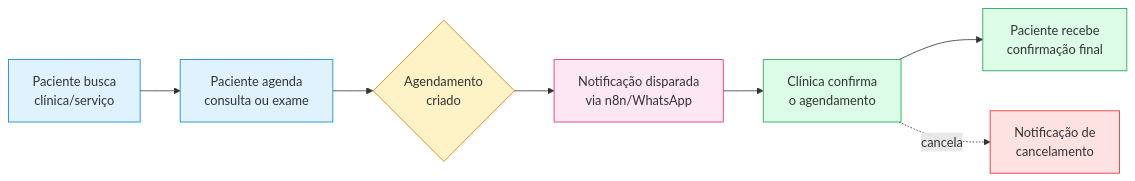
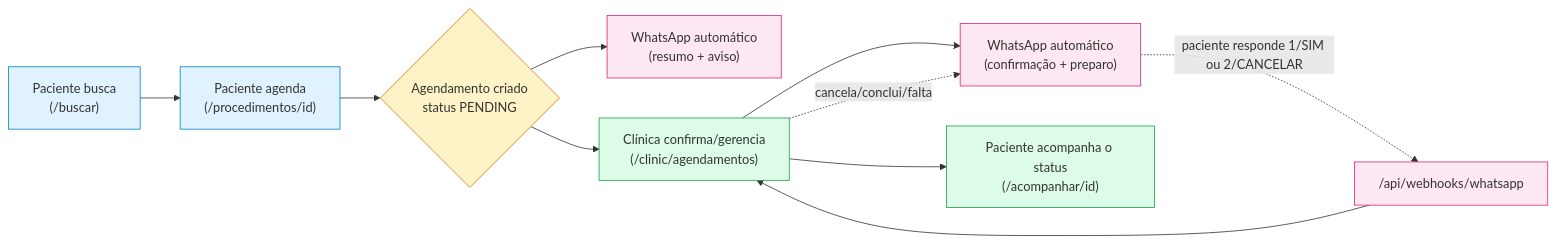
Before and after one commit to marquesemoreno/marcacao: the diagram in docs/obsidian/00 - Visão Geral.md, drawn with Mermaid. The commit also changed other lines of this file and 5 other files, not shown here.

First line of the commit message:
Document the full architecture in docs/obsidian

````diff
--- a/docs/obsidian/00 - Visão Geral.md
+++ b/docs/obsidian/00 - Visão Geral.md
@@ -71,17 +119,21 @@
 ```mermaid
 flowchart LR
-    A[Paciente busca<br/>clínica/serviço] --> B[Paciente agenda<br/>consulta ou exame]
-    B --> C{Agendamento<br/>criado}
-    C --> D[Notificação disparada<br/>via n8n/WhatsApp]
-    D --> E[Clínica confirma<br/>o agendamento]
-    E --> F[Paciente recebe<br/>confirmação final]
-    E -.cancela.-> G[Notificação de<br/>cancelamento]
+    A["Paciente busca<br/>(/buscar)"] --> B["Paciente agenda<br/>(/procedimentos/id)"]
+    B --> C{"Agendamento criado<br/>status PENDING"}
+    C --> D["WhatsApp automático<br/>(resumo + aviso)"]
+    C --> E["Clínica confirma/gerencia<br/>(/clinic/agendamentos)"]
+    E --> G["WhatsApp automático<br/>(confirmação + preparo)"]
+    G -.paciente responde 1/SIM ou 2/CANCELAR.-> H["/api/webhooks/whatsapp"]
+    H --> E
+    E --> F["Paciente acompanha o status<br/>(/acompanhar/id)"]
+    E -.cancela/conclui/falta.-> G
 
     style A fill:#e0f2fe,stroke:#0284c7
     style B fill:#e0f2fe,stroke:#0284c7
     style C fill:#fef3c7,stroke:#d97706
     style D fill:#fce7f3,stroke:#db2777
     style E fill:#dcfce7,stroke:#16a34a
     style F fill:#dcfce7,stroke:#16a34a
-    style G fill:#fee2e2,stroke:#dc2626
+    style G fill:#fce7f3,stroke:#db2777
+    style H fill:#fce7f3,stroke:#db2777
 ```
````
